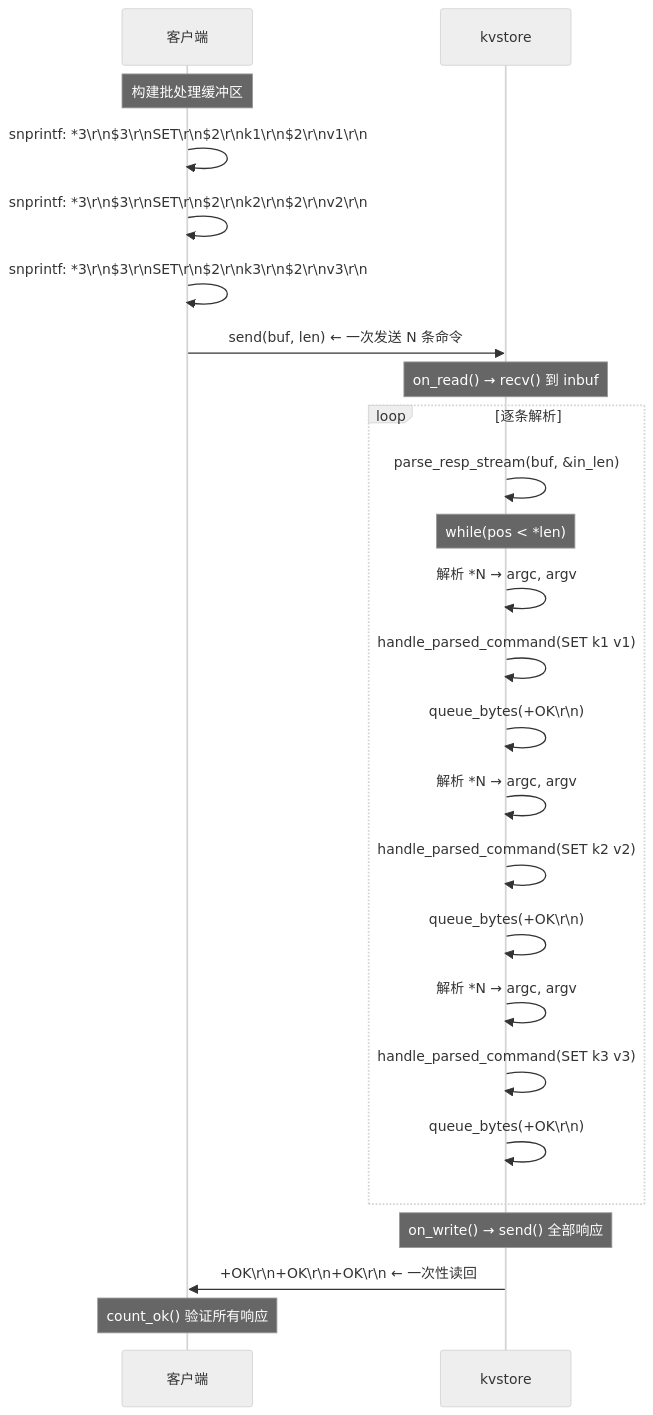
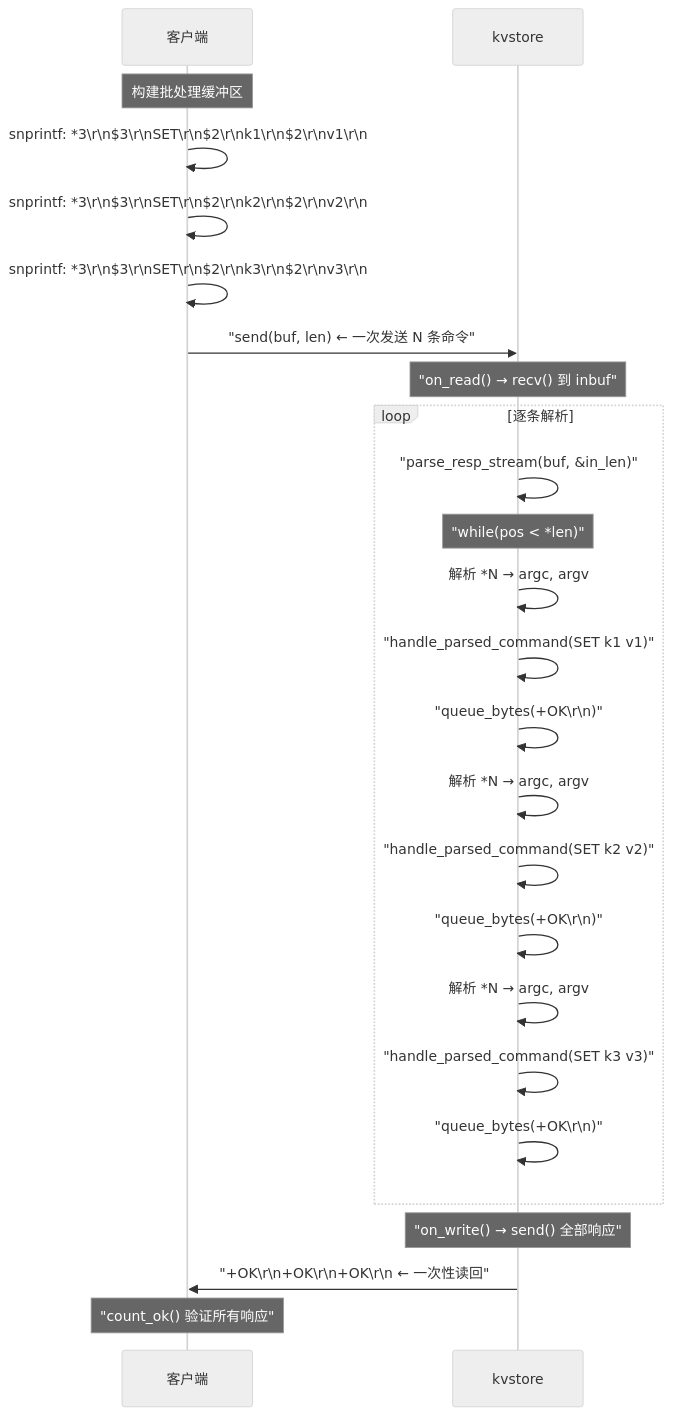
Before and after one commit to robotlover-1/kvstore: the fourth of 15 diagrams in README.md, drawn with Mermaid (neutral theme). The commit also changed other lines of this file, not shown here.

First line of the commit message:
docs: 修复 mermaid sequence diagram 特殊字符渲染

````diff
--- a/README.md
+++ b/README.md
@@ -718,32 +718,32 @@
 ```mermaid
 sequenceDiagram
     participant C as 客户端
     participant K as kvstore
 
     Note over C: 构建批处理缓冲区
     C->>C: snprintf: *3\r\n$3\r\nSET\r\n$2\r\nk1\r\n$2\r\nv1\r\n
     C->>C: snprintf: *3\r\n$3\r\nSET\r\n$2\r\nk2\r\n$2\r\nv2\r\n
     C->>C: snprintf: *3\r\n$3\r\nSET\r\n$2\r\nk3\r\n$2\r\nv3\r\n
 
-    C->>K: send(buf, len)    ← 一次发送 N 条命令
-    Note over K: on_read() → recv() 到 inbuf
+    C->>K: "send(buf, len)    ← 一次发送 N 条命令"
+    Note over K: "on_read() → recv() 到 inbuf"
 
     loop 逐条解析
-        K->>K: parse_resp_stream(buf, &in_len)
-        Note over K: while(pos < *len)
+        K->>K: "parse_resp_stream(buf, &in_len)"
+        Note over K: "while(pos < *len)"
         K->>K: 解析 *N → argc, argv
-        K->>K: handle_parsed_command(SET k1 v1)
-        K->>K: queue_bytes(+OK\r\n)
+        K->>K: "handle_parsed_command(SET k1 v1)"
+        K->>K: "queue_bytes(+OK\r\n)"
         K->>K: 解析 *N → argc, argv
-        K->>K: handle_parsed_command(SET k2 v2)
-        K->>K: queue_bytes(+OK\r\n)
+        K->>K: "handle_parsed_command(SET k2 v2)"
+        K->>K: "queue_bytes(+OK\r\n)"
         K->>K: 解析 *N → argc, argv
-        K->>K: handle_parsed_command(SET k3 v3)
-        K->>K: queue_bytes(+OK\r\n)
+        K->>K: "handle_parsed_command(SET k3 v3)"
+        K->>K: "queue_bytes(+OK\r\n)"
     end
 
-    Note over K: on_write() → send() 全部响应
-    K->>C: +OK\r\n+OK\r\n+OK\r\n    ← 一次性读回
+    Note over K: "on_write() → send() 全部响应"
+    K->>C: "+OK\r\n+OK\r\n+OK\r\n    ← 一次性读回"
 
-    Note over C: count_ok() 验证所有响应
+    Note over C: "count_ok() 验证所有响应"
 ```
````
